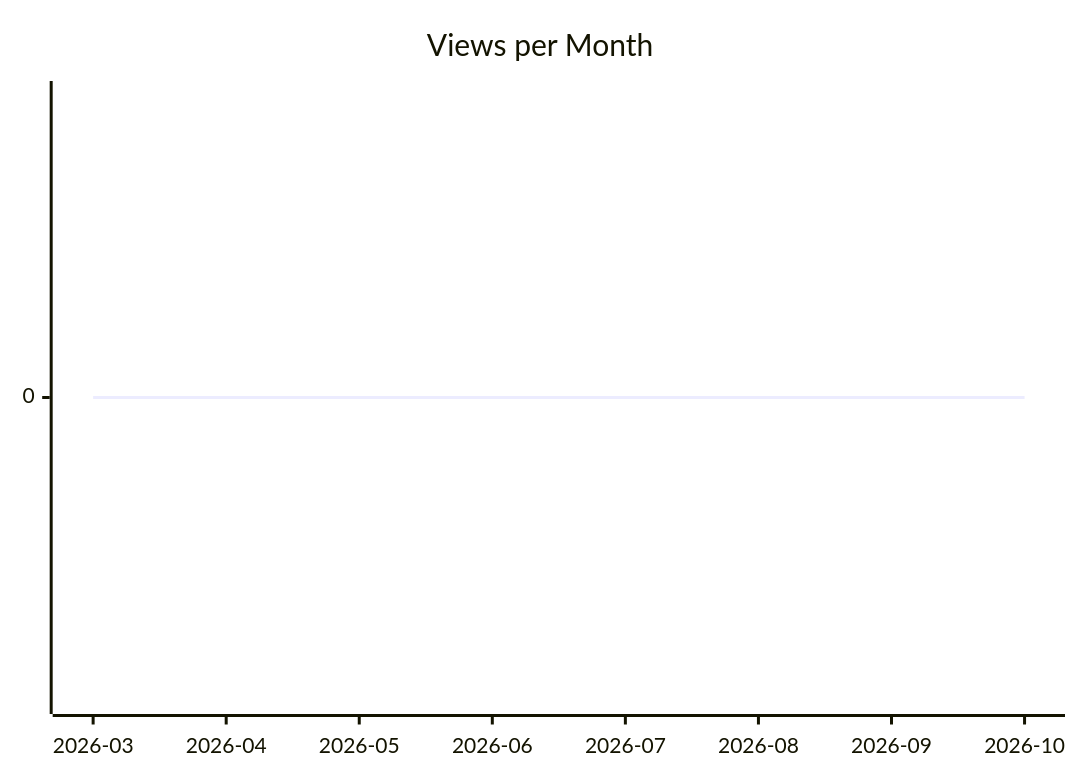
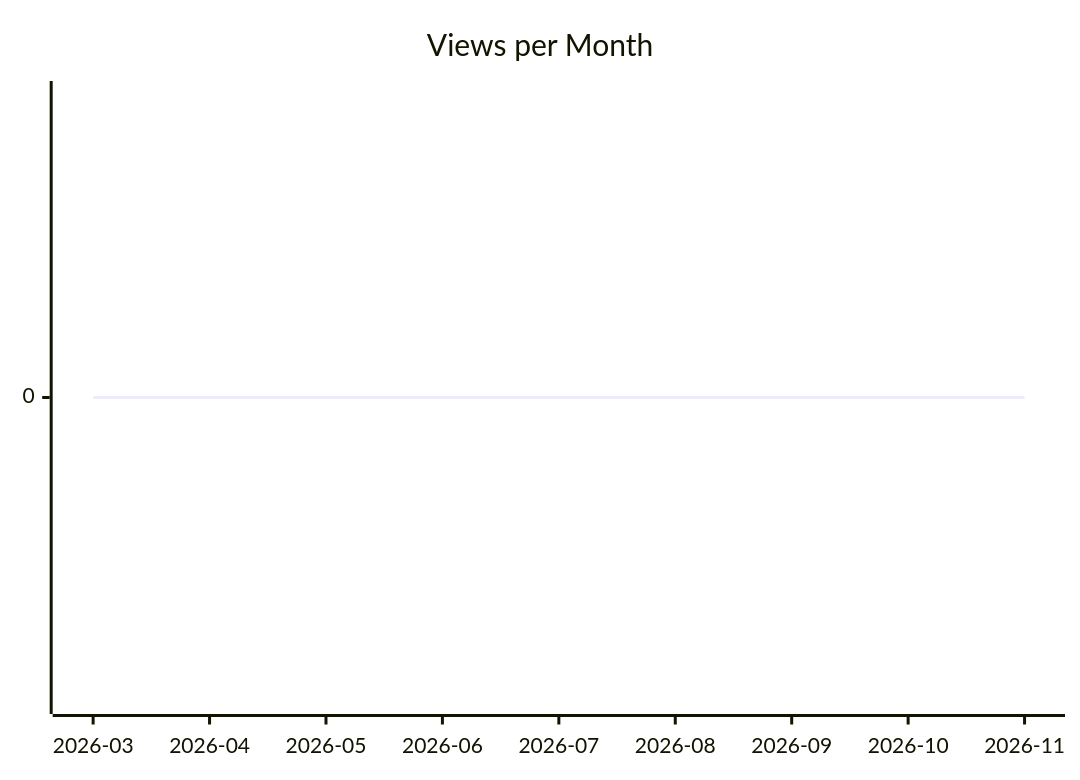
One commit to justdavis-family/github-analytics-data changed the second of 3 diagrams in karlmdavis/puppet-archive/README.md. Above: the diagram before and after it, drawn with Mermaid. The commit also changed other lines of this file and 201 other files, not shown here.

````diff
--- a/karlmdavis/puppet-archive/README.md
+++ b/karlmdavis/puppet-archive/README.md
@@ -12,6 +12,6 @@
 ```mermaid
 xychart-beta
   title "Views per Month"
-  x-axis ["2026-03", "2026-04", "2026-05", "2026-06", "2026-07", "2026-08", "2026-09", "2026-10"]
-  line [0, 0, 0, 0, 0, 0, 0, 0]
+  x-axis ["2026-03", "2026-04", "2026-05", "2026-06", "2026-07", "2026-08", "2026-09", "2026-10", "2026-11"]
+  line [0, 0, 0, 0, 0, 0, 0, 0, 0]
 ```
````
